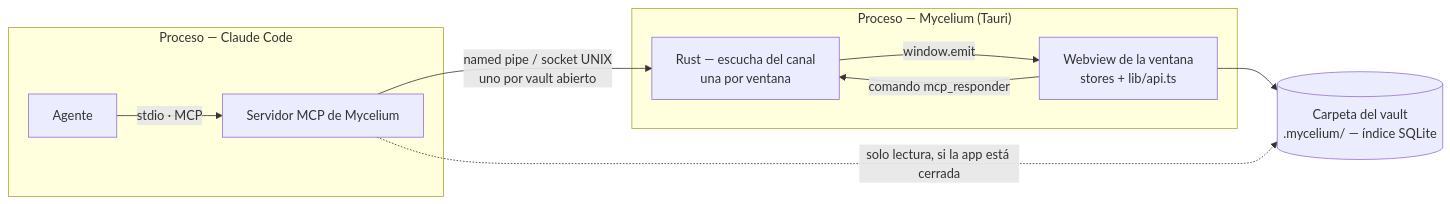
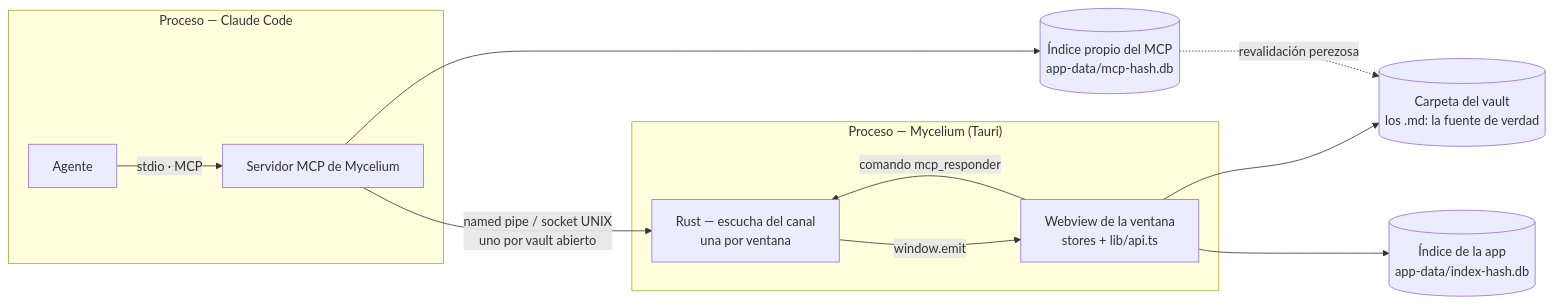
Before and after one commit to GSmart-software/Myceliumv2: the first of 2 diagrams in docs/arquitectura/MCP de Mycelium - control.md, drawn with Mermaid. The commit also changed other lines of this file and 7 other files, not shown here.

````diff
--- a/docs/arquitectura/MCP de Mycelium - control.md
+++ b/docs/arquitectura/MCP de Mycelium - control.md
@@ -111,21 +111,25 @@
 ```mermaid
 flowchart LR
     subgraph P1["Proceso — Claude Code"]
         CC["Agente"]
         MCP["Servidor MCP de Mycelium"]
     end
 
     subgraph P2["Proceso — Mycelium (Tauri)"]
         RS["Rust — escucha del canal<br/>una por ventana"]
         WV["Webview de la ventana<br/>stores + lib/api.ts"]
     end
 
-    DISCO[("Carpeta del vault<br/>.mycelium/ — índice SQLite")]
+    DISCO[("Carpeta del vault<br/>los .md: la fuente de verdad")]
+    AIDX[("Índice de la app<br/>app-data/index-hash.db")]
+    MIDX[("Índice propio del MCP<br/>app-data/mcp-hash.db")]
 
     CC -- "stdio · MCP" --> MCP
     MCP -- "named pipe / socket UNIX<br/>uno por vault abierto" --> RS
     RS -- "window.emit" --> WV
     WV -- "comando mcp_responder" --> RS
     WV --> DISCO
-    MCP -. "solo lectura, si la app está cerrada" .-> DISCO
+    WV --> AIDX
+    MCP --> MIDX
+    MIDX -. "revalidación perezosa" .-> DISCO
 ```
````
